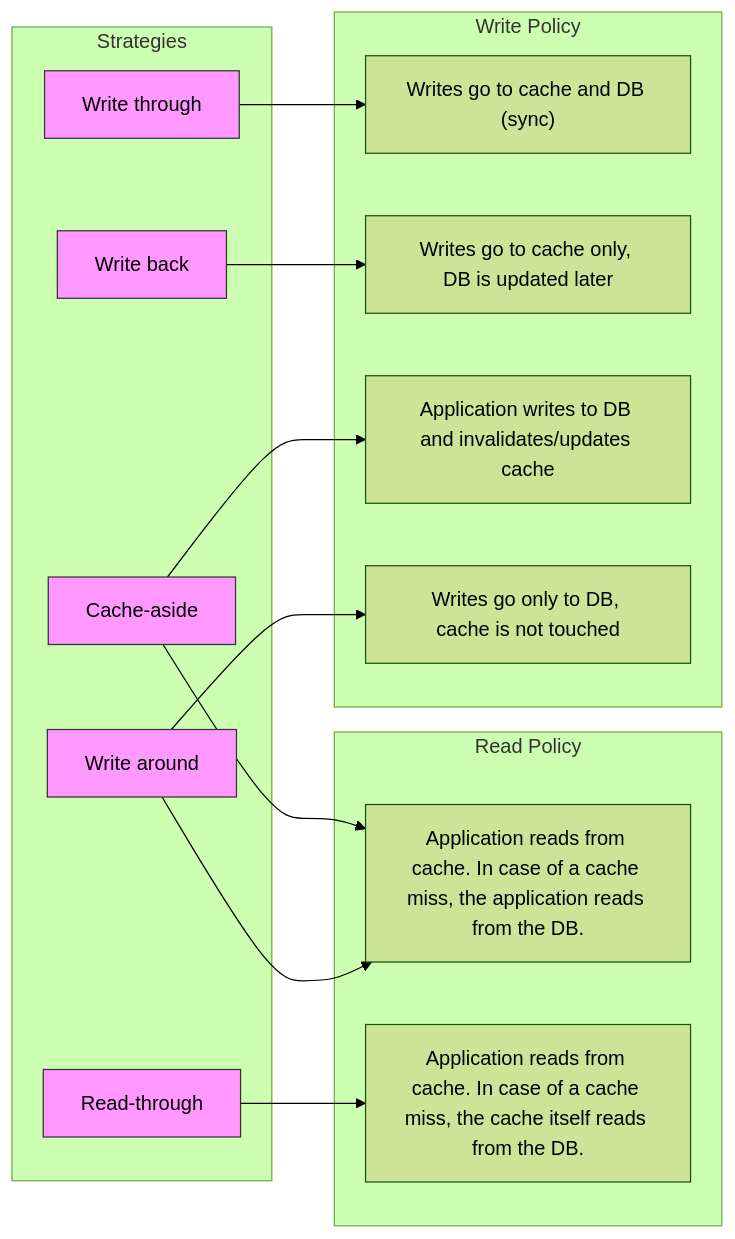
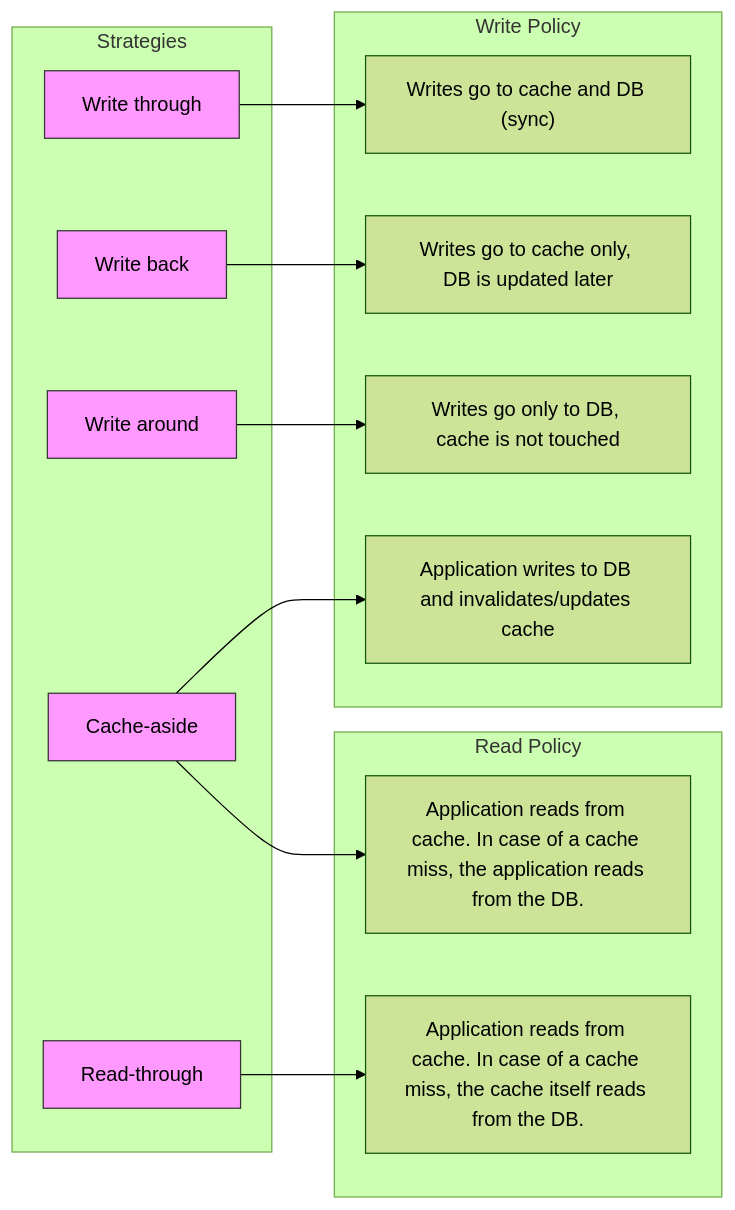
One commit to AlxcNL/Data-Technologies-public changed the eighth of 8 diagrams in Workshops/Workshop 5 - Optimalisation/6 - Caching.md. Above: the diagram before and after it, drawn with Mermaid (forest theme). The commit also changed other lines of this file, not shown here.

````diff
--- a/Workshops/Workshop 5 - Optimalisation/6 - Caching.md
+++ b/Workshops/Workshop 5 - Optimalisation/6 - Caching.md
@@ -240,40 +223,38 @@
 ```mermaid
 flowchart LR
 
     subgraph "Strategies"
         CA["Cache-aside"]
         RT["Read-through"]
         WT["Write&nbsp;through"]
         WB["Write&nbsp;back"]
         WA["Write&nbsp;around"]
     end
 
     subgraph "Read&nbsp;Policy"
         R1["Application reads from cache. In case of a cache miss, the application reads from the DB."]
         R2["Application reads from cache. In case of a cache miss, the cache itself reads from the DB."]
     end
 
     subgraph "Write&nbsp;Policy"
         W2["Writes go to cache and DB (sync)"]
-        W3["Writes go to cache only, DB is updated later"]
-        W1["Application writes to DB and invalidates/updates cache"]                
+        W3["Writes go to cache only, DB is updated later"]                
         W4["Writes go only to DB, cache is not touched"]
+        W1["Application writes to DB and invalidates/updates cache"]
     end
 
-    %% Read edges
-    RT --> R2
-    CA --> R1
-    WA --> R1
-    
-
-    %% Write edges
-    CA --> W1
+    %% Write edges   
     WT --> W2
     WB --> W3
     WA --> W4
+    CA --> W1
 
+    %% Read edges
+    CA --> R1 
+    RT --> R2
+    
  %% Optional styling
     classDef strategy fill:#f9f,stroke:#333,stroke-width:1px;
     class CA,RT,WT,WB,WA strategy;
    
 ```
````
